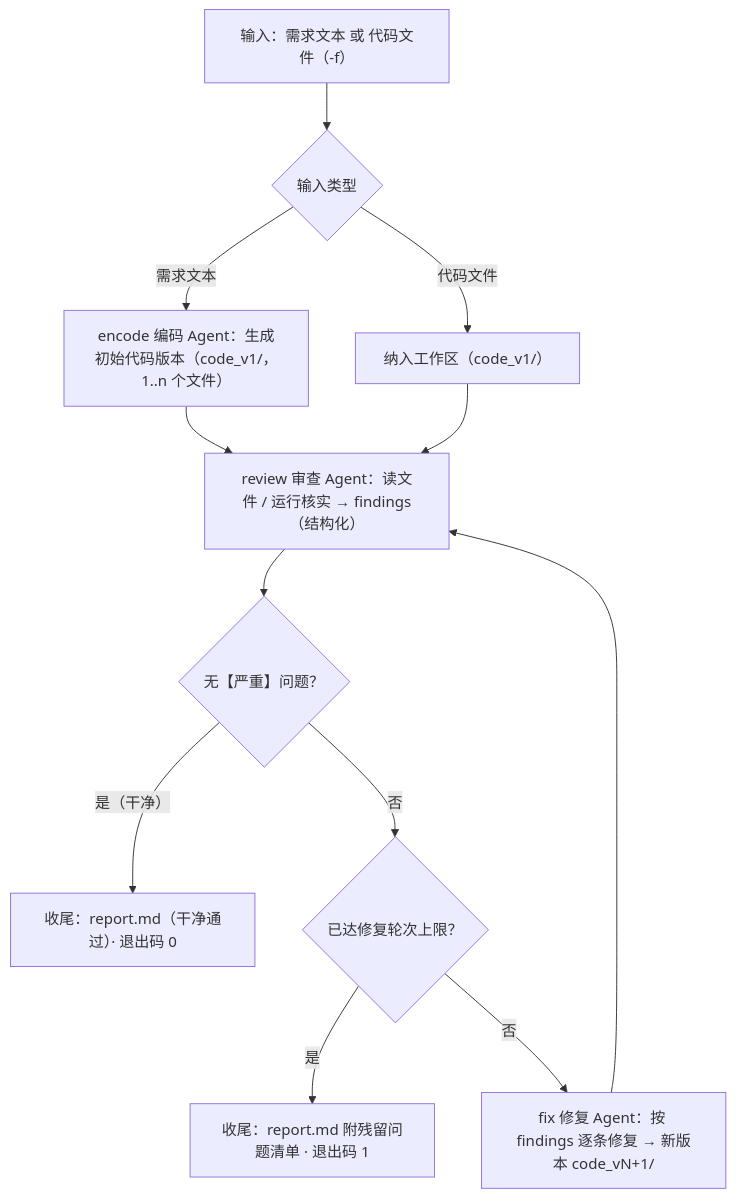
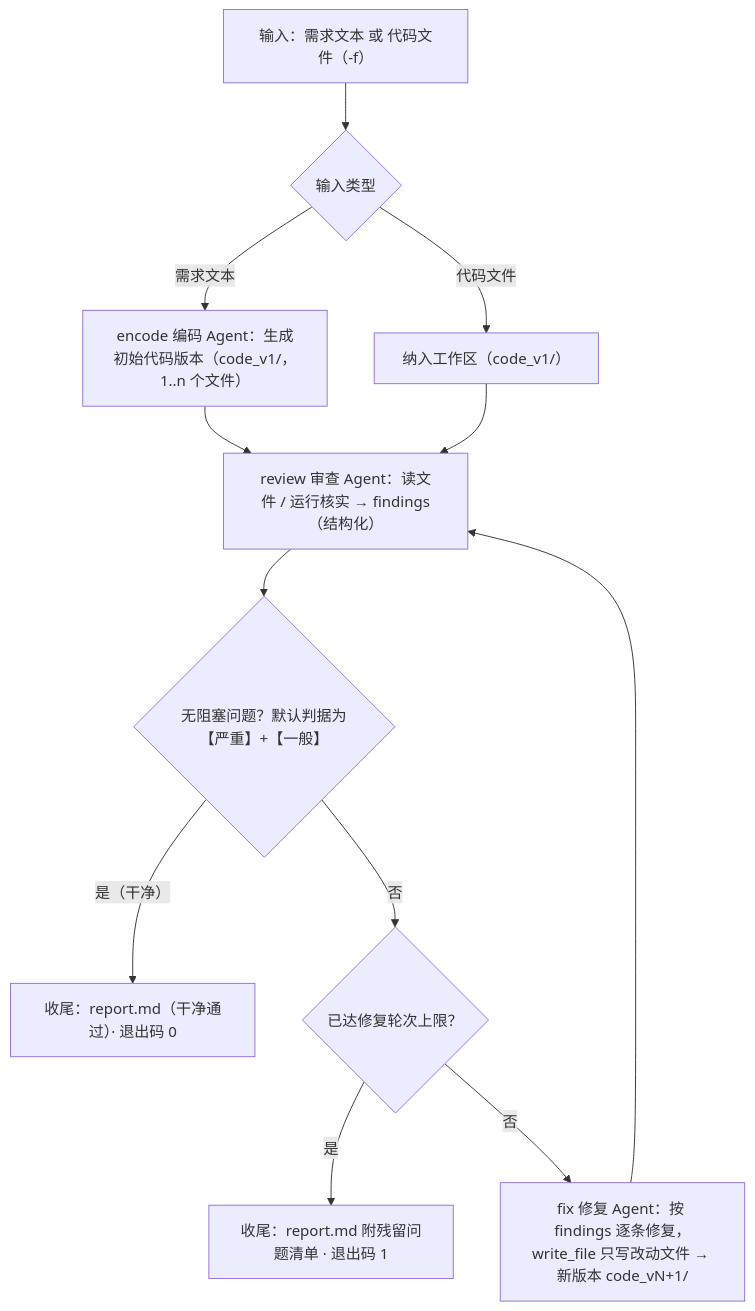
One commit to StyxNether/code-review-workflow changed the diagram in docs/Design.md. Above: the diagram before and after it, drawn with Mermaid. The commit also changed other lines of this file and 1 other file, not shown here.

````diff
--- a/docs/Design.md
+++ b/docs/Design.md
@@ -106,14 +146,14 @@
 ```mermaid
 flowchart TD
     A["输入：需求文本 或 代码文件（-f）"] --> B{"输入类型"}
     B -- "需求文本" --> C["encode 编码 Agent：生成初始代码版本（code_v1/，1..n 个文件）"]
     B -- "代码文件" --> D["纳入工作区（code_v1/）"]
     C --> E["review 审查 Agent：读文件 / 运行核实 → findings（结构化）"]
     D --> E
-    E --> F{"无【严重】问题？"}
+    E --> F{"无阻塞问题？默认判据为【严重】+【一般】"}
     F -- "是（干净）" --> G["收尾：report.md（干净通过）· 退出码 0"]
     F -- "否" --> H{"已达修复轮次上限？"}
     H -- "是" --> I["收尾：report.md 附残留问题清单 · 退出码 1"]
-    H -- "否" --> J["fix 修复 Agent：按 findings 逐条修复 → 新版本 code_vN+1/"]
+    H -- "否" --> J["fix 修复 Agent：按 findings 逐条修复，write_file 只写改动文件 → 新版本 code_vN+1/"]
     J --> E
 ```
````
